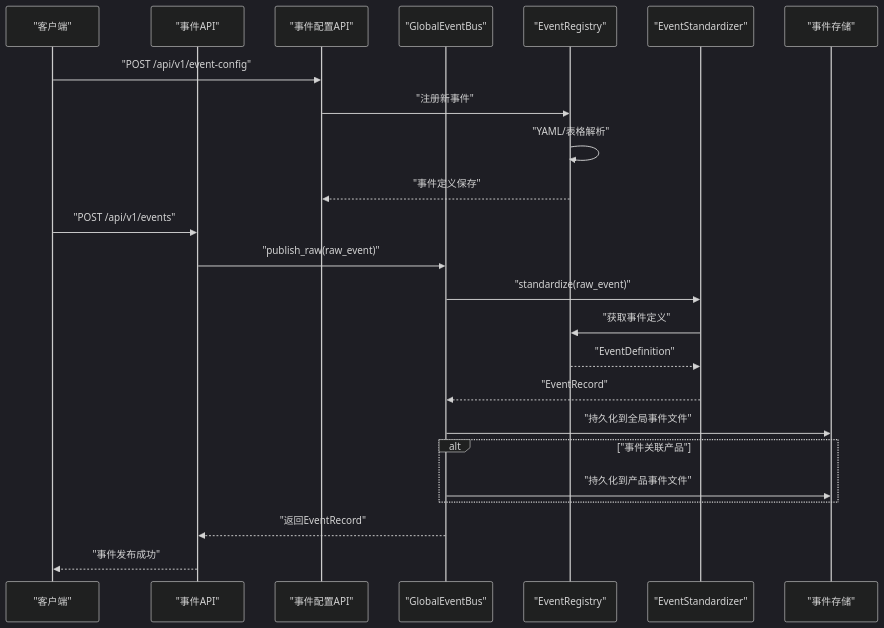
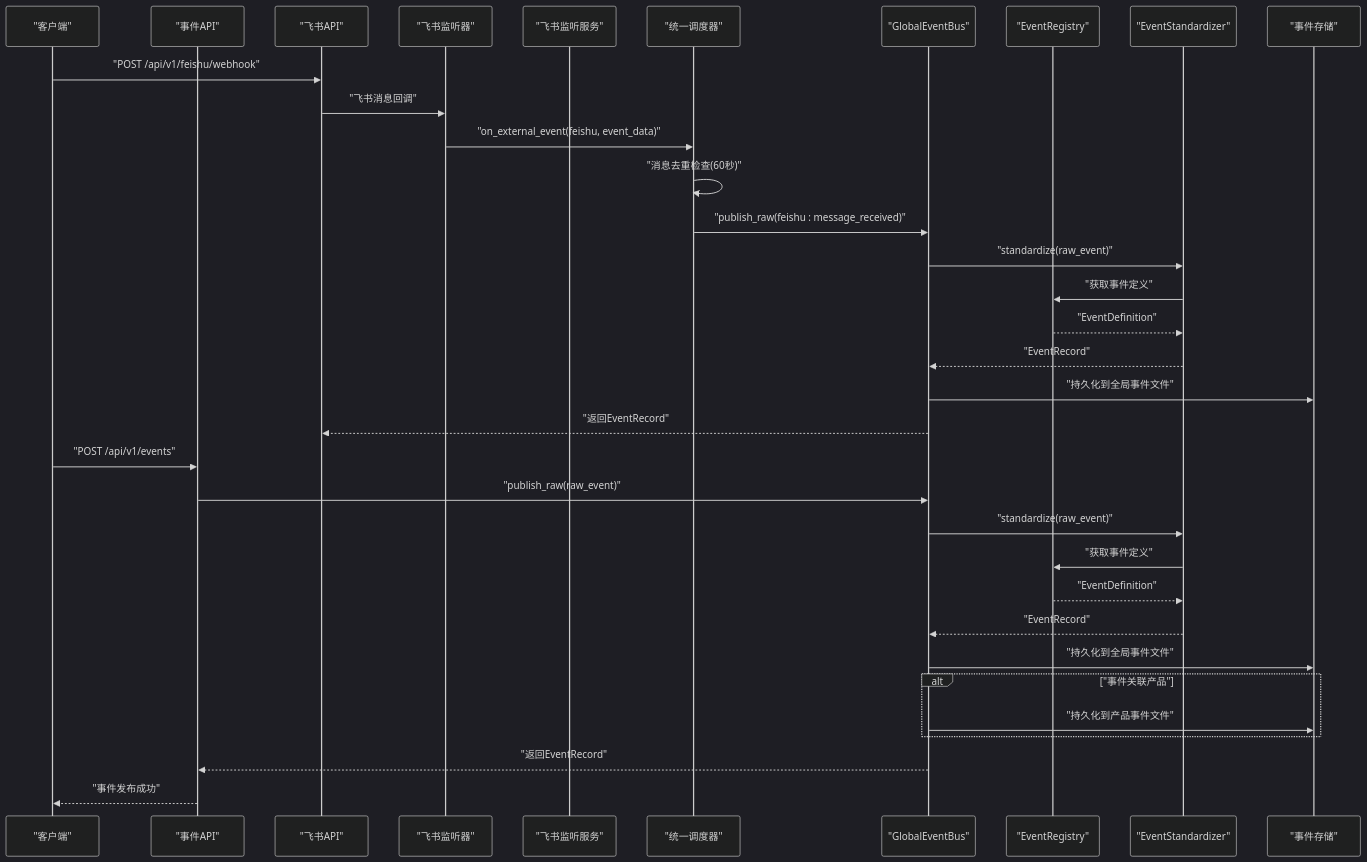
The second of 12 diagrams in .qoder/repowiki/zh/content/系统架构/事件驱动系统/事件总线核心.md (angledick/-), drawn with Mermaid (dark theme) before and after one commit. The commit also changed other lines of this file and 770 other files, not shown here.

````diff
--- a/.qoder/repowiki/zh/content/系统架构/事件驱动系统/事件总线核心.md
+++ b/.qoder/repowiki/zh/content/系统架构/事件驱动系统/事件总线核心.md
@@ -104,26 +147,36 @@
 ```mermaid
 sequenceDiagram
 participant Client as "客户端"
 participant API as "事件API"
-participant ConfigAPI as "事件配置API"
+participant FeishuAPI as "飞书API"
+participant FeishuListener as "飞书监听器"
+participant FeishuListenerService as "飞书监听服务"
+participant Dispatcher as "统一调度器"
 participant Bus as "GlobalEventBus"
 participant Registry as "EventRegistry"
 participant Std as "EventStandardizer"
 participant Store as "事件存储"
-Client->>ConfigAPI : "POST /api/v1/event-config"
-ConfigAPI->>Registry : "注册新事件"
-Registry->>Registry : "YAML/表格解析"
-Registry-->>ConfigAPI : "事件定义保存"
+Client->>FeishuAPI : "POST /api/v1/feishu/webhook"
+FeishuAPI->>FeishuListener : "飞书消息回调"
+FeishuListener->>Dispatcher : "on_external_event(feishu, event_data)"
+Dispatcher->>Dispatcher : "消息去重检查(60秒)"
+Dispatcher->>Bus : "publish_raw(feishu : message_received)"
+Bus->>Std : "standardize(raw_event)"
+Std->>Registry : "获取事件定义"
+Registry-->>Std : "EventDefinition"
+Std-->>Bus : "EventRecord"
+Bus->>Store : "持久化到全局事件文件"
+Bus-->>FeishuAPI : "返回EventRecord"
 Client->>API : "POST /api/v1/events"
 API->>Bus : "publish_raw(raw_event)"
 Bus->>Std : "standardize(raw_event)"
 Std->>Registry : "获取事件定义"
 Registry-->>Std : "EventDefinition"
 Std-->>Bus : "EventRecord"
 Bus->>Store : "持久化到全局事件文件"
 alt "事件关联产品"
 Bus->>Store : "持久化到产品事件文件"
 end
 Bus-->>API : "返回EventRecord"
 API-->>Client : "事件发布成功"
 ```
````
